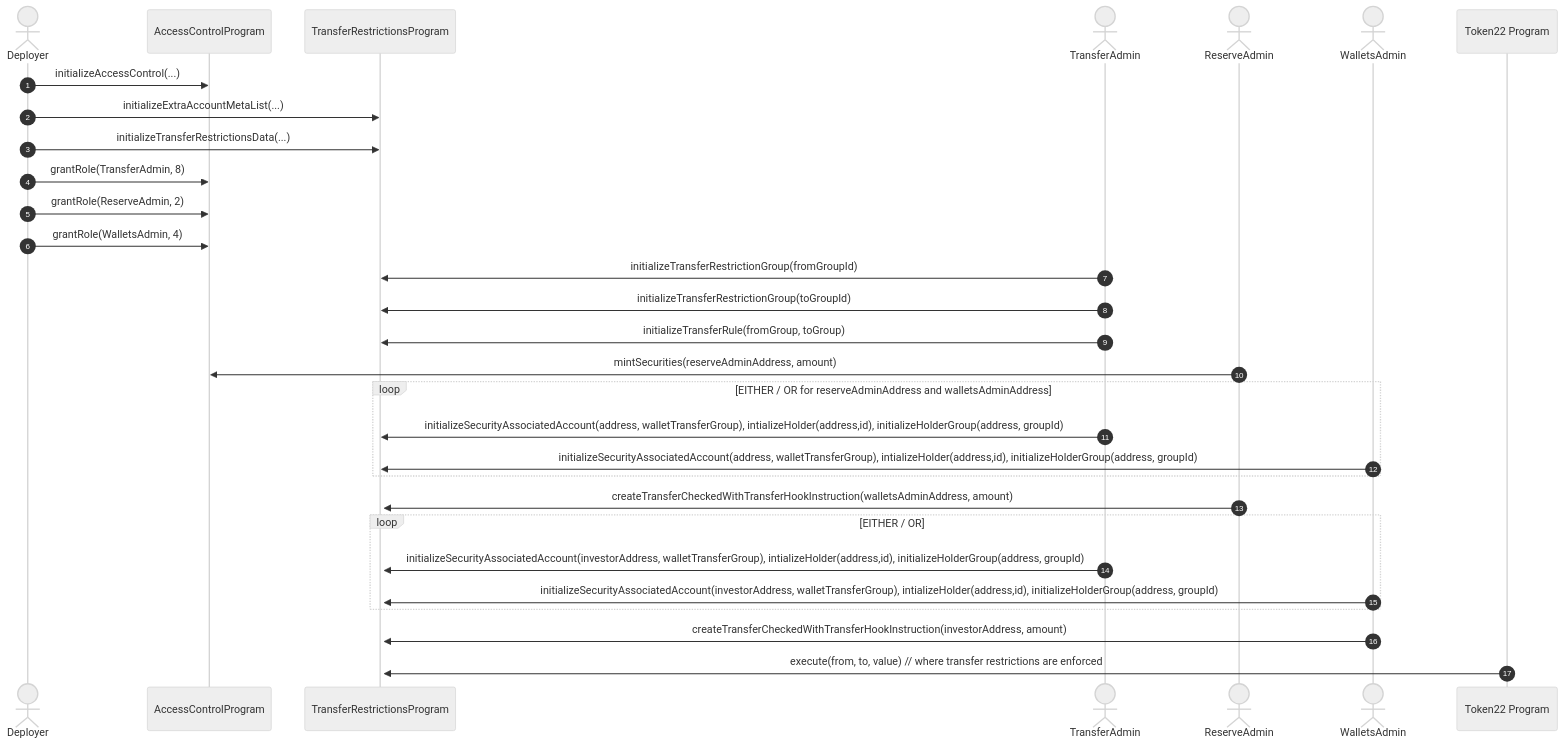
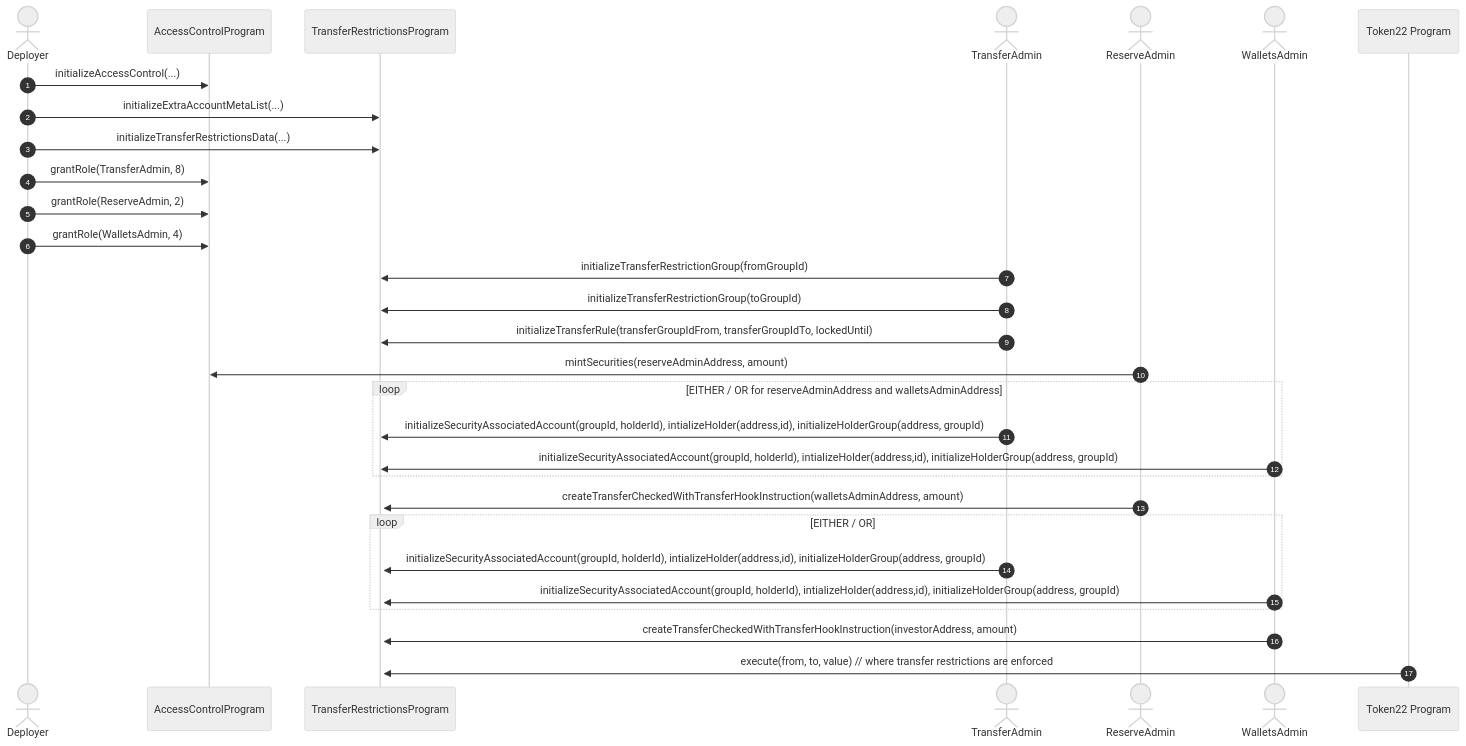
The third of 7 diagrams in README.md (upsideos/upsideos-solana-rwa), drawn with Mermaid (neutral theme) before and after one commit. The commit also changed other lines of this file and 38 other files, not shown here.

Commit message:
Add group and holder id to instuctions input

````diff
--- a/README.md
+++ b/README.md
@@ -382,39 +386,39 @@
 ```mermaid
 sequenceDiagram
   autonumber
 	actor Deployer
    participant AccessControlProgram
    participant TransferRestrictionsProgram
 
    actor TransferAdmin
    actor ReserveAdmin
    actor WalletsAdmin
 
   Deployer ->> AccessControlProgram: initializeAccessControl(...)
   Deployer ->> TransferRestrictionsProgram: initializeExtraAccountMetaList(...)
   Deployer ->> TransferRestrictionsProgram: initializeTransferRestrictionsData(...)
 
   Deployer ->> AccessControlProgram: grantRole(TransferAdmin, 8)
   Deployer ->> AccessControlProgram: grantRole(ReserveAdmin, 2)
   Deployer ->> AccessControlProgram: grantRole(WalletsAdmin, 4)
 
   TransferAdmin ->> TransferRestrictionsProgram: initializeTransferRestrictionGroup(fromGroupId)
   TransferAdmin ->> TransferRestrictionsProgram: initializeTransferRestrictionGroup(toGroupId)
-  TransferAdmin ->> TransferRestrictionsProgram: initializeTransferRule(fromGroup, toGroup)
+  TransferAdmin ->> TransferRestrictionsProgram: initializeTransferRule(transferGroupIdFrom, transferGroupIdTo, lockedUntil)
 
   ReserveAdmin ->> AccessControlProgram: mintSecurities(reserveAdminAddress, amount)
 
   loop EITHER / OR for reserveAdminAddress and walletsAdminAddress
-      TransferAdmin ->> TransferRestrictionsProgram: initializeSecurityAssociatedAccount(address, walletTransferGroup), intializeHolder(address,id), initializeHolderGroup(address, groupId)
-      WalletsAdmin ->> TransferRestrictionsProgram: initializeSecurityAssociatedAccount(address, walletTransferGroup), intializeHolder(address,id), initializeHolderGroup(address, groupId)
+      TransferAdmin ->> TransferRestrictionsProgram: initializeSecurityAssociatedAccount(groupId, holderId), intializeHolder(address,id), initializeHolderGroup(address, groupId)
+      WalletsAdmin ->> TransferRestrictionsProgram: initializeSecurityAssociatedAccount(groupId, holderId), intializeHolder(address,id), initializeHolderGroup(address, groupId)
   end
 
   ReserveAdmin ->>+ TransferRestrictionsProgram: createTransferCheckedWithTransferHookInstruction(walletsAdminAddress, amount)
   loop EITHER / OR
-      TransferAdmin ->> TransferRestrictionsProgram: initializeSecurityAssociatedAccount(investorAddress, walletTransferGroup), intializeHolder(address,id), initializeHolderGroup(address, groupId)
-      WalletsAdmin ->> TransferRestrictionsProgram: initializeSecurityAssociatedAccount(investorAddress, walletTransferGroup), intializeHolder(address,id), initializeHolderGroup(address, groupId)
+      TransferAdmin ->> TransferRestrictionsProgram: initializeSecurityAssociatedAccount(groupId, holderId), intializeHolder(address,id), initializeHolderGroup(address, groupId)
+      WalletsAdmin ->> TransferRestrictionsProgram: initializeSecurityAssociatedAccount(groupId, holderId), intializeHolder(address,id), initializeHolderGroup(address, groupId)
   end
 
   WalletsAdmin ->> TransferRestrictionsProgram: createTransferCheckedWithTransferHookInstruction(investorAddress, amount)
   Token22 Program ->> TransferRestrictionsProgram: execute(from, to, value) // where transfer restrictions are enforced
 ```
````
